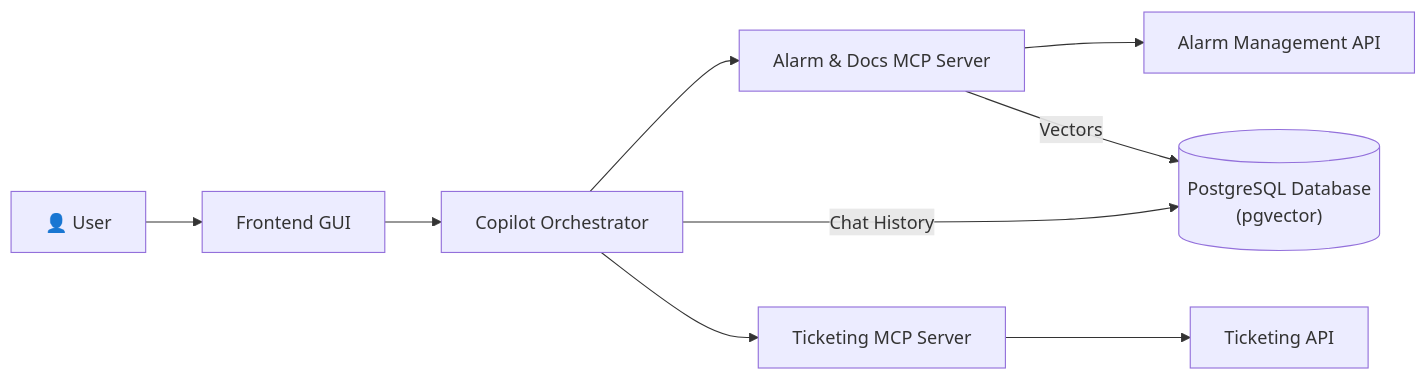
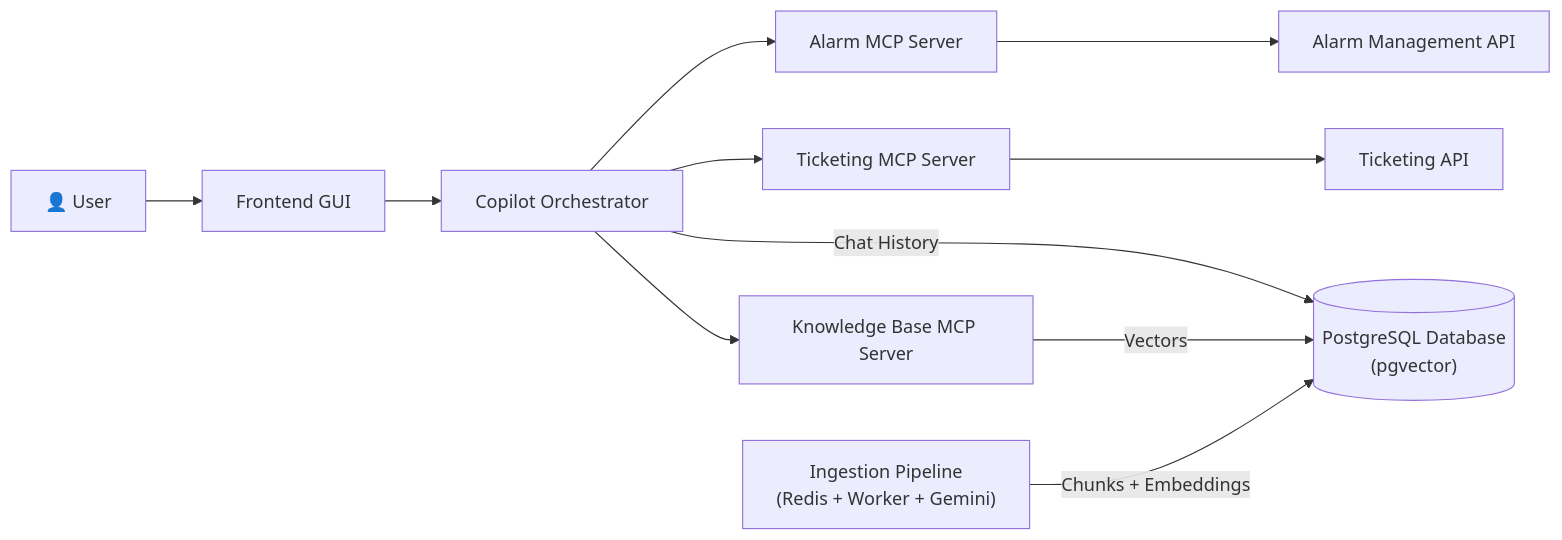
One commit to madhav-k-2001/incident-and-ticket-enrichment changed the diagram in docs/architecture.md. Above: the diagram before and after it, drawn with Mermaid. The commit also changed other lines of this file, not shown here.

First line of the commit message:
docs: align HLD architecture with README diagram

````diff
--- a/docs/architecture.md
+++ b/docs/architecture.md
@@ -13,20 +13,24 @@
 ```mermaid
 flowchart LR
     User["👤 User"]
     Frontend["Frontend GUI"]
     Copilot["Copilot Orchestrator"]
-    MCPServer1["Alarm & Docs MCP Server"]
-    MCPServer2["Ticketing MCP Server"]
+    AlarmMCP["Alarm MCP Server"]
+    TicketMCP["Ticketing MCP Server"]
+    KBMCP["Knowledge Base MCP Server"]
     AlarmAPI["Alarm Management API"]
     PostgresDB[("PostgreSQL Database\n(pgvector)")]
     TicketingAPI["Ticketing API"]
+    Ingestion["Ingestion Pipeline\n(Redis + Worker + Gemini)"]
 
     User --> Frontend
     Frontend --> Copilot
-    Copilot --> MCPServer1
-    Copilot --> MCPServer2
+    Copilot --> AlarmMCP
+    Copilot --> TicketMCP
+    Copilot --> KBMCP
     Copilot -->|"Chat History"| PostgresDB
-    MCPServer1 --> AlarmAPI
-    MCPServer1 -->|"Vectors"| PostgresDB
-    MCPServer2 --> TicketingAPI
+    AlarmMCP --> AlarmAPI
+    TicketMCP --> TicketingAPI
+    KBMCP -->|"Vectors"| PostgresDB
+    Ingestion -->|"Chunks + Embeddings"| PostgresDB
 ```
````
